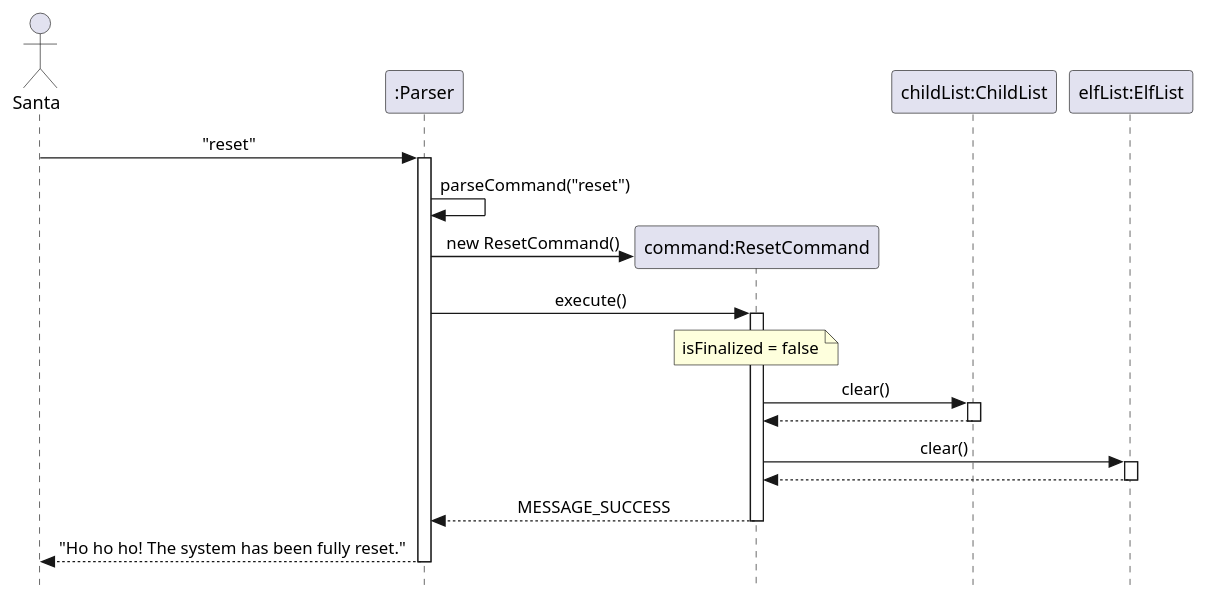
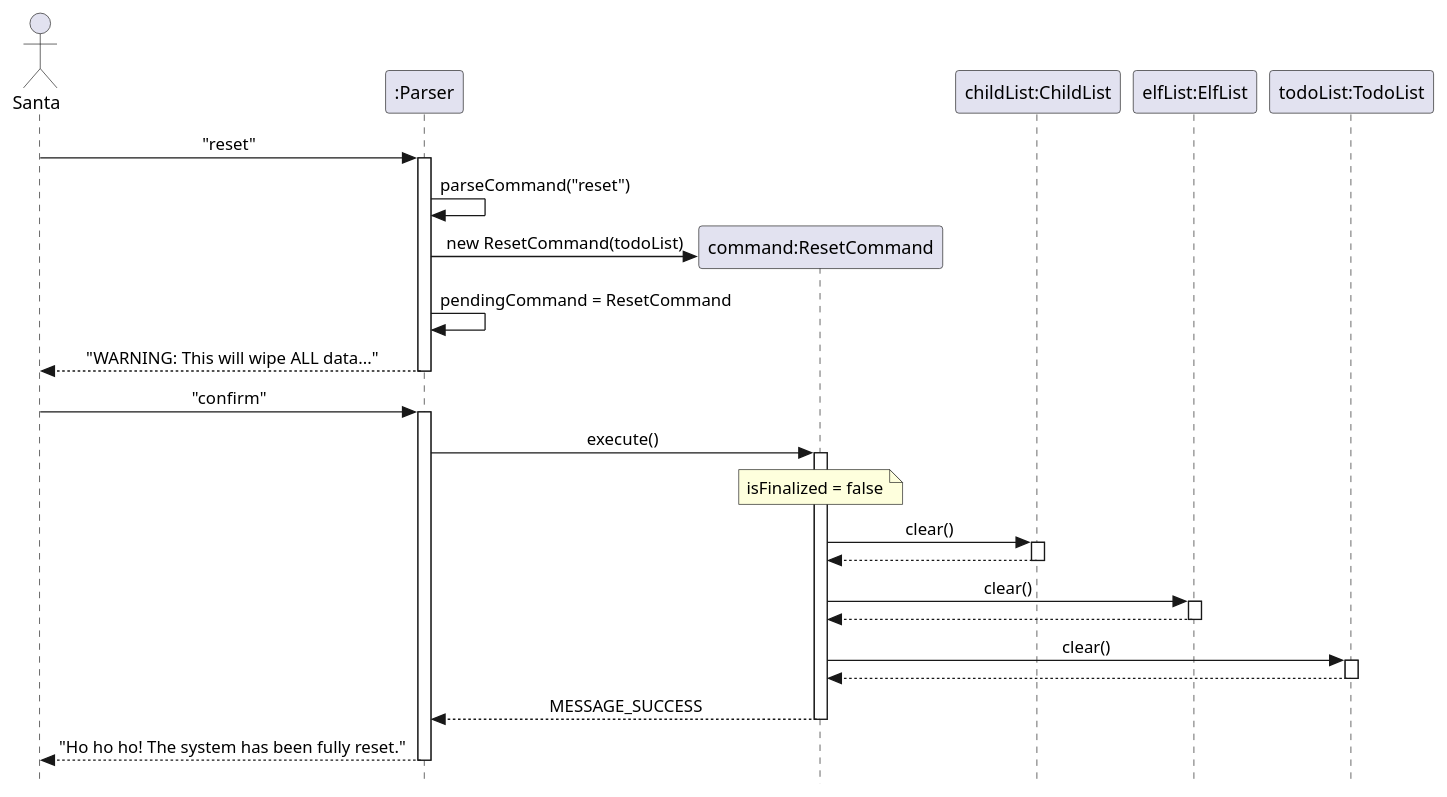
One commit to GShubhan/tp changed the diagram in docs/diagrams/ResetSequenceDiagram.puml. Above: the diagram before and after it, drawn with PlantUML. The commit also changed 1 other file, not shown here.

Commit message:
fix DG claims reset clears the entire system state, but its implementation description omits todos entirely #153

```diff
--- a/docs/diagrams/ResetSequenceDiagram.puml
+++ b/docs/diagrams/ResetSequenceDiagram.puml
@@ -1,38 +1,50 @@
 @startuml
 skinparam Style strictuml
 skinparam SequenceMessageAlignment center
 
 actor "Santa" as Santa
 participant ":Parser" as Parser
 participant "command:ResetCommand" as ResetCommand
 participant "childList:ChildList" as childList
 participant "elfList:ElfList" as elfList
+participant "todoList:TodoList" as todoList
 
 Santa -> Parser : "reset"
 activate Parser
 
 Parser -> Parser : parseCommand("reset")
 
 create ResetCommand
-Parser -> ResetCommand : new ResetCommand()
+Parser -> ResetCommand : new ResetCommand(todoList)
+Parser -> Parser : pendingCommand = ResetCommand
+Parser --> Santa : "WARNING: This will wipe ALL data..."
+deactivate Parser
+
+Santa -> Parser : "confirm"
+activate Parser
 Parser -> ResetCommand : execute()
 activate ResetCommand
 note over ResetCommand : isFinalized = false
 
 ResetCommand -> childList : clear()
 activate childList
 childList --> ResetCommand
 deactivate childList
 
 ResetCommand -> elfList : clear()
 activate elfList
 elfList --> ResetCommand
 deactivate elfList
 
+ResetCommand -> todoList : clear()
+activate todoList
+todoList --> ResetCommand
+deactivate todoList
+
 ResetCommand --> Parser : MESSAGE_SUCCESS
 deactivate ResetCommand
 
 Parser --> Santa : "Ho ho ho! The system has been fully reset."
 deactivate Parser
 
 @enduml
```
